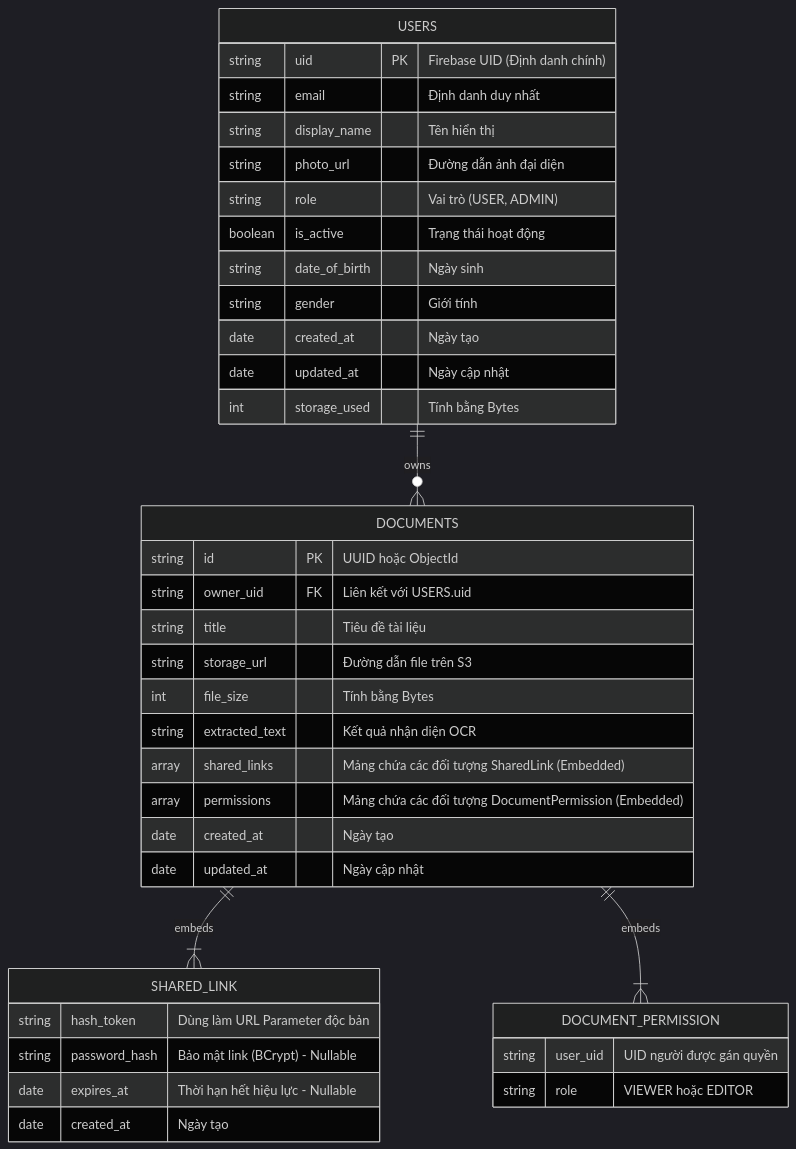
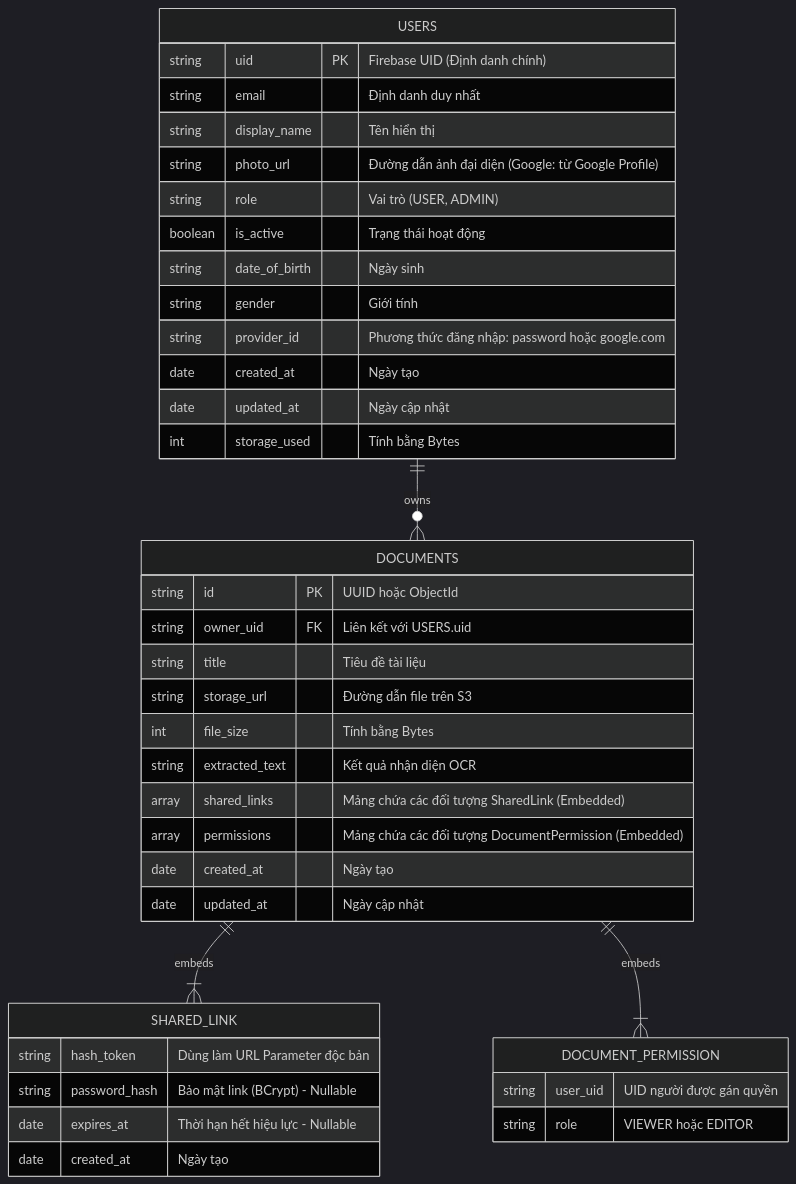
One commit to vthiet/ScanLink changed the second of 4 diagrams in docs/Software_Design_Description.md. Above: the diagram before and after it, drawn with Mermaid (dark theme). The commit also changed other lines of this file and 1 other file, not shown here.

Commit message:
doc: add Google sign in spectificatin

````diff
--- a/docs/Software_Design_Description.md
+++ b/docs/Software_Design_Description.md
@@ -197,46 +198,47 @@
 ``` mermaid
 erDiagram
     USERS {
         string uid PK "Firebase UID (Định danh chính)"
         string email "Định danh duy nhất"
         string display_name "Tên hiển thị"
-        string photo_url "Đường dẫn ảnh đại diện"
+        string photo_url "Đường dẫn ảnh đại diện (Google: từ Google Profile)"
         string role "Vai trò (USER, ADMIN)"
         boolean is_active "Trạng thái hoạt động"
         string date_of_birth "Ngày sinh"
         string gender "Giới tính"
+        string provider_id "Phương thức đăng nhập: password hoặc google.com"
         date created_at "Ngày tạo"
         date updated_at "Ngày cập nhật"
         int storage_used "Tính bằng Bytes"
     }
 
     DOCUMENTS {
         string id PK "UUID hoặc ObjectId"
         string owner_uid FK "Liên kết với USERS.uid"
         string title "Tiêu đề tài liệu"
         string storage_url "Đường dẫn file trên S3"
         int file_size "Tính bằng Bytes"
         string extracted_text "Kết quả nhận diện OCR"
         array shared_links "Mảng chứa các đối tượng SharedLink (Embedded)"
         array permissions "Mảng chứa các đối tượng DocumentPermission (Embedded)"
         date created_at "Ngày tạo"
         date updated_at "Ngày cập nhật"
     }
 
     SHARED_LINK {
         string hash_token "Dùng làm URL Parameter độc bản"
         string password_hash "Bảo mật link (BCrypt) - Nullable"
         date expires_at "Thời hạn hết hiệu lực - Nullable"
         date created_at "Ngày tạo"
     }
 
     DOCUMENT_PERMISSION {
         string user_uid "UID người được gán quyền"
         string role "VIEWER hoặc EDITOR"
     }
 
     USERS ||--o{ DOCUMENTS : "owns"
     DOCUMENTS ||--|{ SHARED_LINK : "embeds"
     DOCUMENTS ||--|{ DOCUMENT_PERMISSION : "embeds"
 
 ```
````
